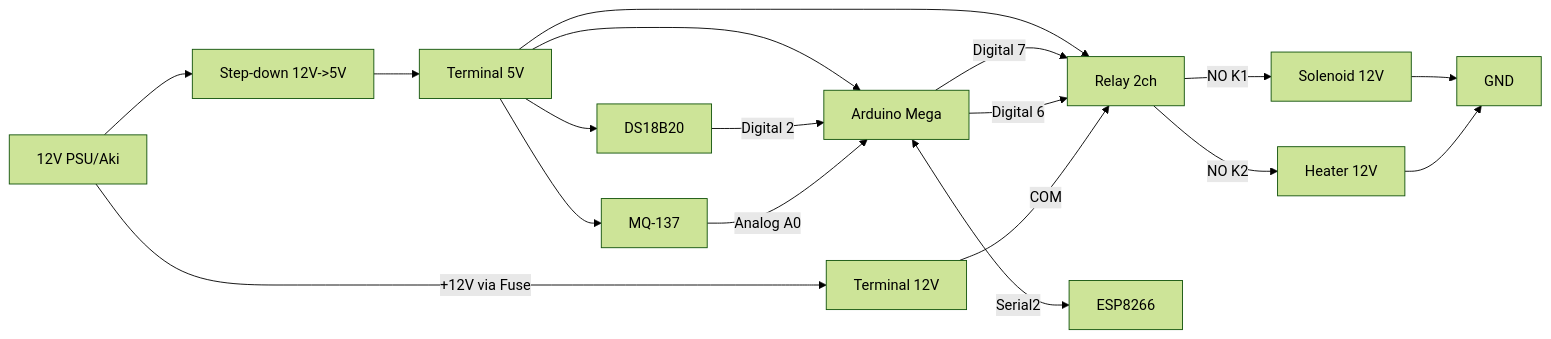
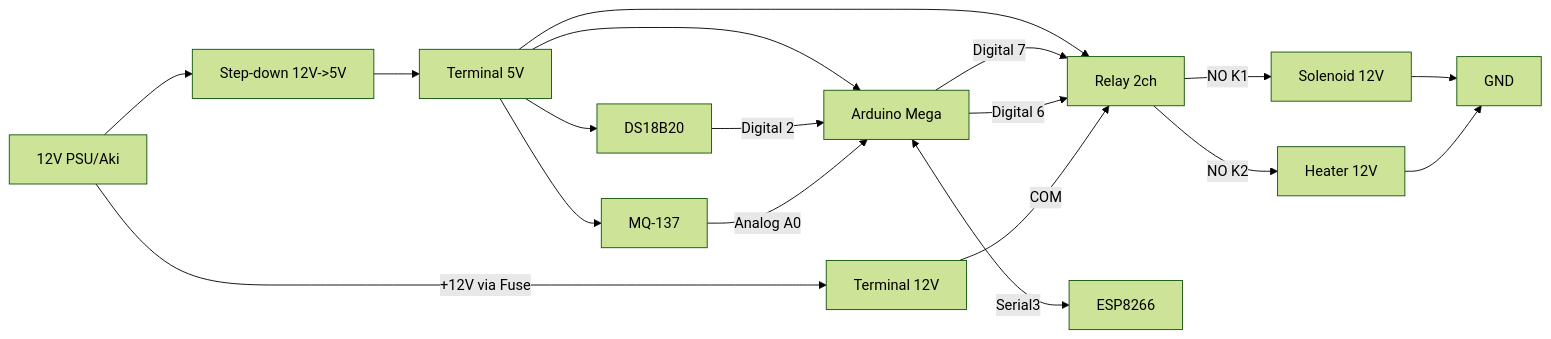
One commit to FarrelGhozy/SIMOHE changed the diagram in docs/03-HARDWARE-AND-WIRING.md. Above: the diagram before and after it, drawn with Mermaid (forest theme). The commit also changed other lines of this file, not shown here.

Commit message:
docs(hardware): Serial3 + tabel DIP RobotDyn MEGA+WiFi R3

````diff
--- a/docs/03-HARDWARE-AND-WIRING.md
+++ b/docs/03-HARDWARE-AND-WIRING.md
@@ -106,20 +124,20 @@
 ```mermaid
 flowchart LR
     PSU["12V PSU/Aki"] -->|"+12V via Fuse"| T12["Terminal 12V"]
     PSU --> BD["Step-down 12V->5V"]
     BD --> T5["Terminal 5V"]
     T5 --> Mega["Arduino Mega"]
     T5 --> DS["DS18B20"]
     T5 --> MQ["MQ-137"]
     T5 --> RL["Relay 2ch"]
     DS -->|Digital 2| Mega
     MQ -->|Analog A0| Mega
     Mega -->|Digital 7| RL
     Mega -->|Digital 6| RL
     T12 -->|COM| RL
     RL -->|NO K1| VLV["Solenoid 12V"]
     RL -->|NO K2| HT["Heater 12V"]
     VLV --> GND
     HT --> GND
-    Mega <-->|Serial2| ESP["ESP8266"]
+    Mega <-->|Serial3| ESP["ESP8266"]
 ```
````
